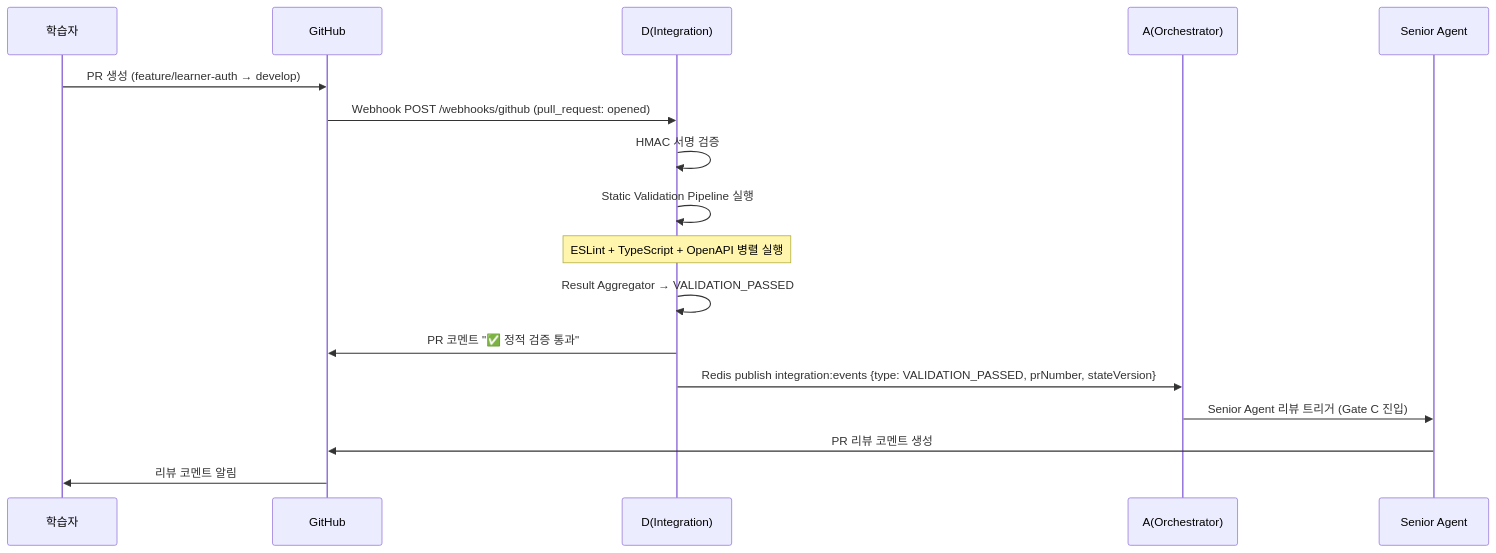
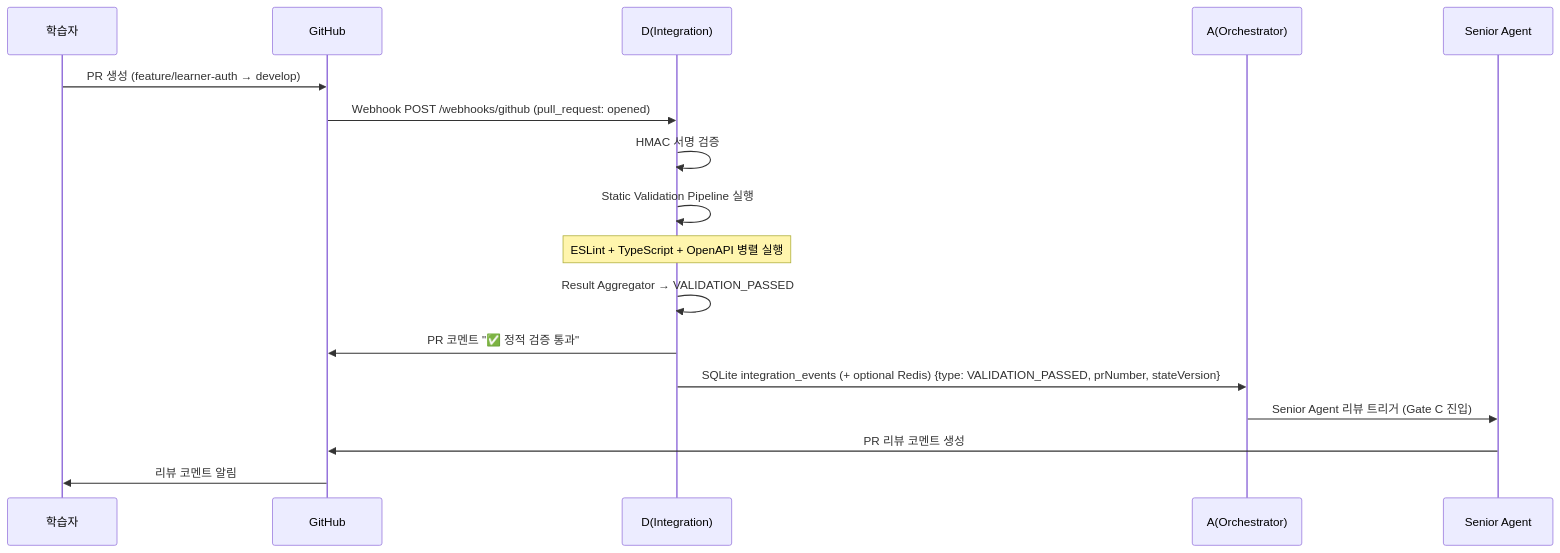
The first of 4 diagrams in docs/integration-sandbox/d-integration-scenarios.md (US-VIBE/us_vibe), drawn with Mermaid before and after one commit. The commit also changed other lines of this file and 10 other files, not shown here.

````diff
--- a/docs/integration-sandbox/d-integration-scenarios.md
+++ b/docs/integration-sandbox/d-integration-scenarios.md
@@ -27,20 +27,20 @@
 ```mermaid
 sequenceDiagram
   participant L as 학습자
   participant GH as GitHub
   participant D as D(Integration)
   participant A as A(Orchestrator)
   participant Senior as Senior Agent
 
   L->>GH: PR 생성 (feature/learner-auth → develop)
   GH->>D: Webhook POST /webhooks/github (pull_request: opened)
   D->>D: HMAC 서명 검증
   D->>D: Static Validation Pipeline 실행
   Note over D: ESLint + TypeScript + OpenAPI 병렬 실행
   D->>D: Result Aggregator → VALIDATION_PASSED
   D->>GH: PR 코멘트 "✅ 정적 검증 통과"
-  D->>A: Redis publish integration:events {type: VALIDATION_PASSED, prNumber, stateVersion}
+  D->>A: SQLite integration_events (+ optional Redis) {type: VALIDATION_PASSED, prNumber, stateVersion}
   A->>Senior: Senior Agent 리뷰 트리거 (Gate C 진입)
   Senior->>GH: PR 리뷰 코멘트 생성
   GH->>L: 리뷰 코멘트 알림
 ```
````
